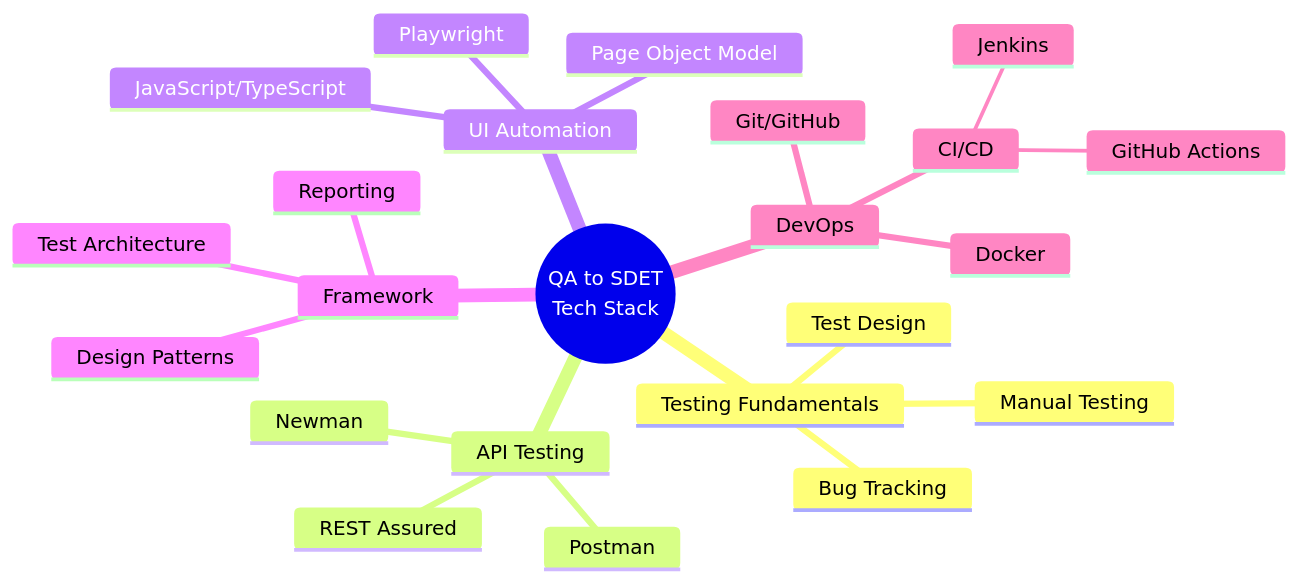
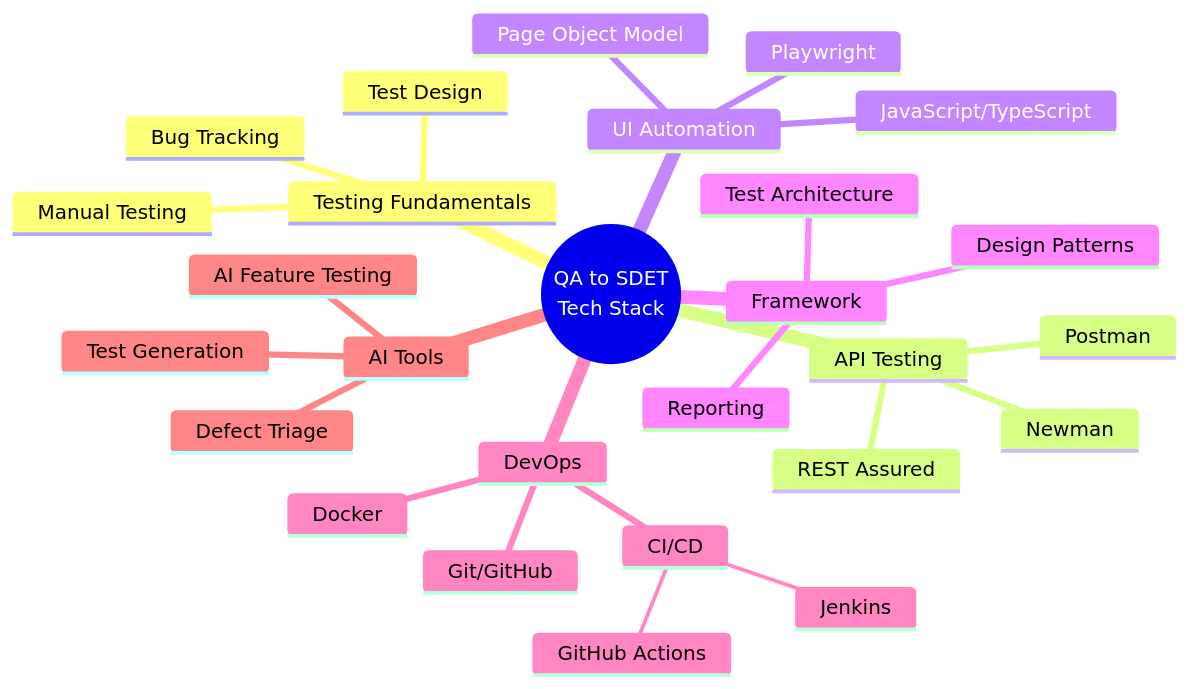
The third of 4 diagrams in 00-introduction/README.md (ghanendra-sdet/qa-to-sdet-roadmap), drawn with Mermaid before and after one commit. The commit also changed other lines of this file and 23 other files, not shown here.

````diff
--- a/00-introduction/README.md
+++ b/00-introduction/README.md
@@ -369,26 +432,30 @@
 ```mermaid
 mindmap
   root((QA to SDET<br/>Tech Stack))
     Testing Fundamentals
       Manual Testing
       Test Design
       Bug Tracking
     API Testing
       Postman
       REST Assured
       Newman
     UI Automation
       Playwright
       JavaScript/TypeScript
       Page Object Model
     Framework
       Test Architecture
       Design Patterns
       Reporting
     DevOps
       Git/GitHub
       CI/CD
         GitHub Actions
         Jenkins
       Docker
+    AI Tools
+      Test Generation
+      Defect Triage
+      AI Feature Testing
 ```
````
